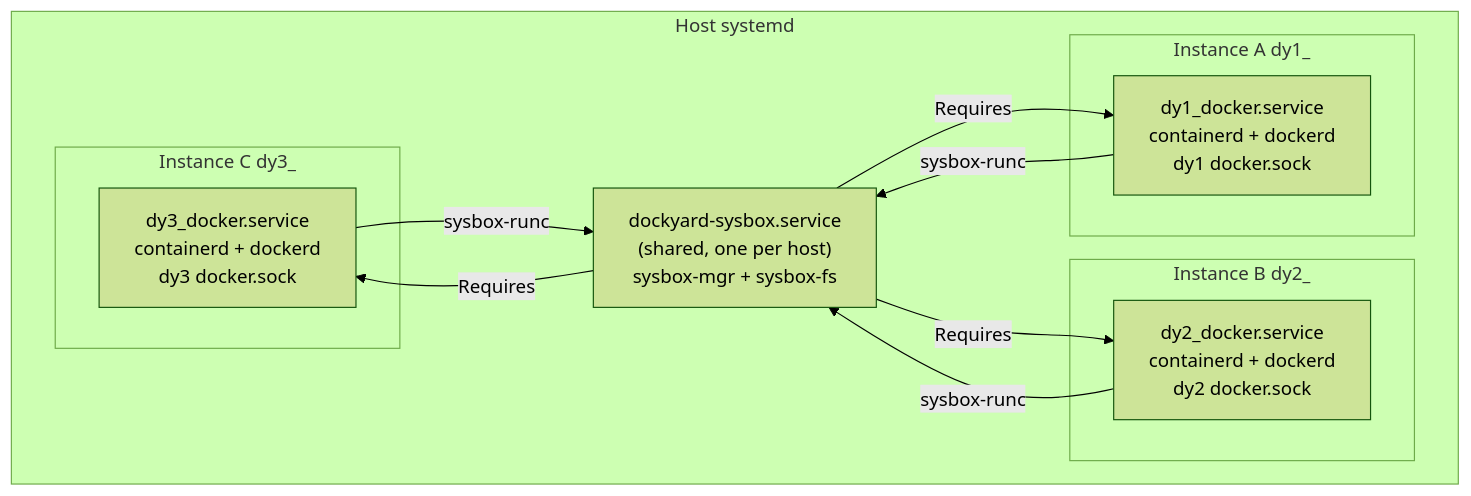
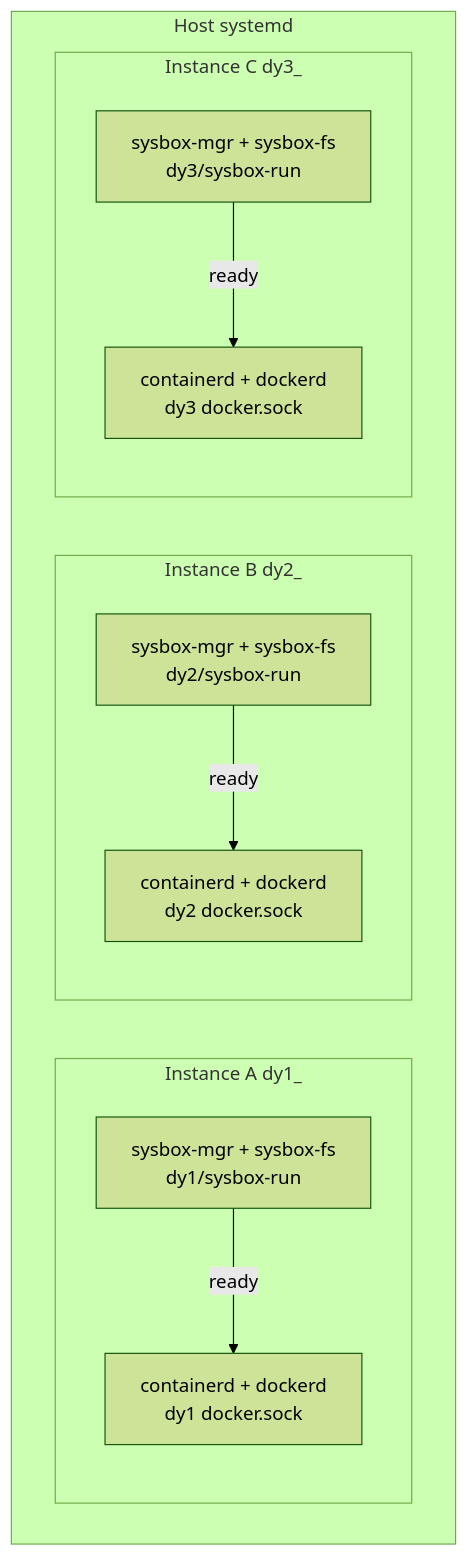
The first of 6 diagrams in ARCHITECTURE.md (shaghafbrand/dockyard), drawn with Mermaid (forest theme) before and after one commit. The commit also changed other lines of this file and 5 other files, not shown here.

First line of the commit message:
docs: update all docs for per-instance sysbox using thieso2/sysbox fork

````diff
--- a/ARCHITECTURE.md
+++ b/ARCHITECTURE.md
@@ -24,34 +24,28 @@
 ```mermaid
 graph TB
     subgraph "Host systemd"
-        SB["dockyard-sysbox.service
-(shared, one per host)
-sysbox-mgr + sysbox-fs"]
-
         subgraph "Instance A  dy1_"
-            D1["dy1_docker.service
-containerd + dockerd
+            SB1["sysbox-mgr + sysbox-fs
+dy1/sysbox-run"]
+            D1["containerd + dockerd
 dy1 docker.sock"]
+            SB1 -->|"ready"| D1
         end
 
         subgraph "Instance B  dy2_"
-            D2["dy2_docker.service
-containerd + dockerd
+            SB2["sysbox-mgr + sysbox-fs
+dy2/sysbox-run"]
+            D2["containerd + dockerd
 dy2 docker.sock"]
+            SB2 -->|"ready"| D2
         end
 
         subgraph "Instance C  dy3_"
-            D3["dy3_docker.service
-containerd + dockerd
+            SB3["sysbox-mgr + sysbox-fs
+dy3/sysbox-run"]
+            D3["containerd + dockerd
 dy3 docker.sock"]
+            SB3 -->|"ready"| D3
         end
     end
-
-    SB -->|"Requires"| D1
-    SB -->|"Requires"| D2
-    SB -->|"Requires"| D3
-
-    D1 -->|"sysbox-runc"| SB
-    D2 -->|"sysbox-runc"| SB
-    D3 -->|"sysbox-runc"| SB
 ```
````
